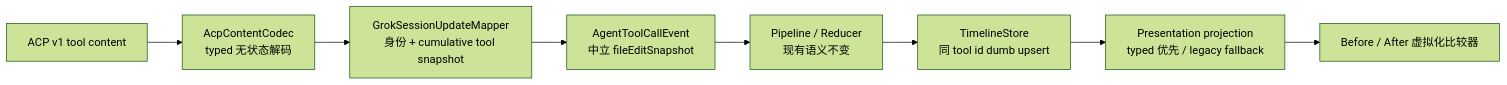
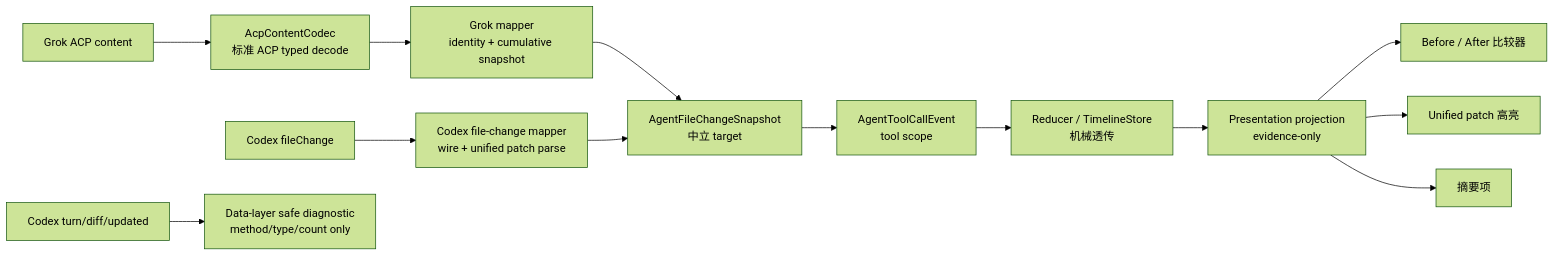
Before and after one commit to linpeilie/zeta: the diagram in .workflow/feature/2026-08-11-grok-文件编辑-diff/02-方案设计.md, drawn with Mermaid (forest theme). The commit also changed other lines of this file and 2 other files, not shown here.

Commit message:
docs(workflow): 通用化文件 diff 方案

````diff
--- a/.workflow/feature/2026-08-11-grok-文件编辑-diff/02-方案设计.md
+++ b/.workflow/feature/2026-08-11-grok-文件编辑-diff/02-方案设计.md
@@ -82,10 +86,15 @@
 ```mermaid
 flowchart LR
-  A["ACP v1 tool content"] --> B["AcpContentCodec<br/>typed 无状态解码"]
-  B --> C["GrokSessionUpdateMapper<br/>身份 + cumulative tool snapshot"]
-  C --> D["AgentToolCallEvent<br/>中立 fileEditSnapshot"]
-  D --> E["Pipeline / Reducer<br/>现有语义不变"]
-  E --> F["TimelineStore<br/>同 tool id dumb upsert"]
-  F --> G["Presentation projection<br/>typed 优先 / legacy fallback"]
-  G --> H["Before / After 虚拟化比较器"]
+  GA["Grok ACP content"] --> GC["AcpContentCodec<br/>标准 ACP typed decode"]
+  GC --> GM["Grok mapper<br/>identity + cumulative snapshot"]
+  CA["Codex fileChange"] --> CM["Codex file-change mapper<br/>wire + unified patch parse"]
+  CD["Codex turn/diff/updated"] --> DI["Data-layer safe diagnostic<br/>method/type/count only"]
+  GM --> DS["AgentFileChangeSnapshot<br/>中立 target"]
+  CM --> DS
+  DS --> TE["AgentToolCallEvent<br/>tool scope"]
+  TE --> ST["Reducer / TimelineStore<br/>机械透传"]
+  ST --> PR["Presentation projection<br/>evidence-only"]
+  PR --> BA["Before / After 比较器"]
+  PR --> UP["Unified patch 高亮"]
+  PR --> SU["摘要项"]
 ```
````
